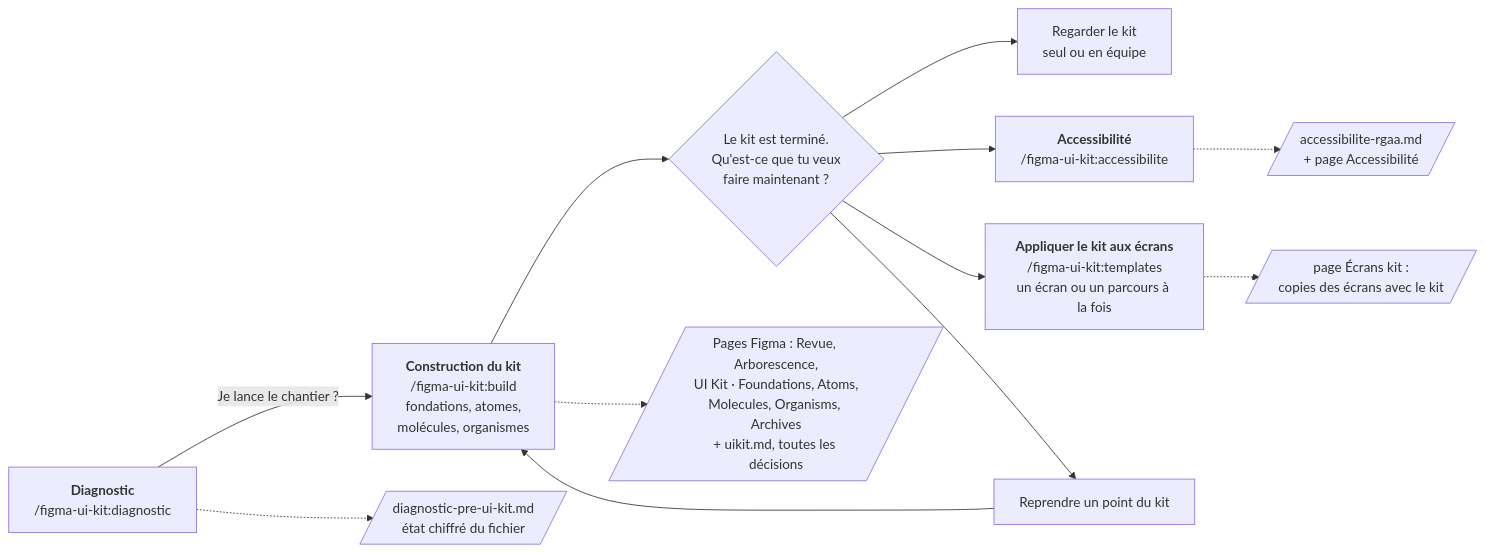
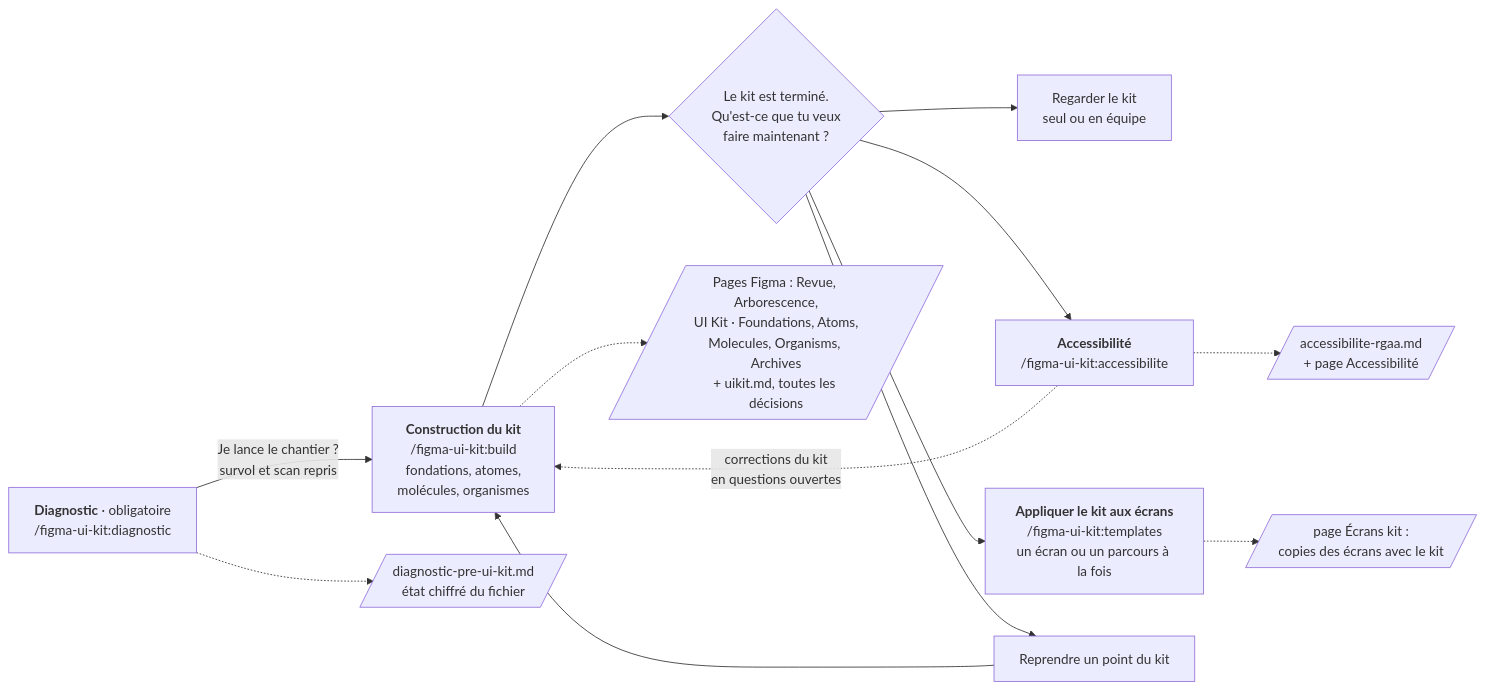
The second of 3 diagrams in docs/fonctionnement.md (KatiroDesignStudio/figma-ui-kit), drawn with Mermaid before and after one commit. The commit also changed other lines of this file and 18 other files, not shown here.

````diff
--- a/docs/fonctionnement.md
+++ b/docs/fonctionnement.md
@@ -46,28 +46,29 @@
 ```mermaid
 flowchart LR
-    D["<b>Diagnostic</b><br/>/figma-ui-kit:diagnostic"]
+    D["<b>Diagnostic</b> · obligatoire<br/>/figma-ui-kit:diagnostic"]
     B["<b>Construction du kit</b><br/>/figma-ui-kit:build<br/>fondations, atomes,<br/>molécules, organismes"]
     S{"Le kit est terminé.<br/>Qu'est-ce que tu veux<br/>faire maintenant ?"}
     R["Regarder le kit<br/>seul ou en équipe"]
     A["<b>Accessibilité</b><br/>/figma-ui-kit:accessibilite"]
     T["<b>Appliquer le kit aux écrans</b><br/>/figma-ui-kit:templates<br/>un écran ou un parcours à la fois"]
     P["Reprendre un point du kit"]
 
-    D -->|"Je lance le chantier ?"| B
+    D -->|"Je lance le chantier ?<br/>survol et scan repris"| B
     B --> S
     S --> R
     S --> A
     S --> T
     S --> P
     P --> B
+    A -.->|"corrections du kit<br/>en questions ouvertes"| B
 
     LD[/"diagnostic-pre-ui-kit.md<br/>état chiffré du fichier"/]
     LB[/"Pages Figma : Revue, Arborescence,<br/>UI Kit · Foundations, Atoms,<br/>Molecules, Organisms, Archives<br/>+ uikit.md, toutes les décisions"/]
     LA[/"accessibilite-rgaa.md<br/>+ page Accessibilité"/]
     LT[/"page Écrans kit :<br/>copies des écrans avec le kit"/]
 
     D -.-> LD
     B -.-> LB
     A -.-> LA
     T -.-> LT
 ```
````
